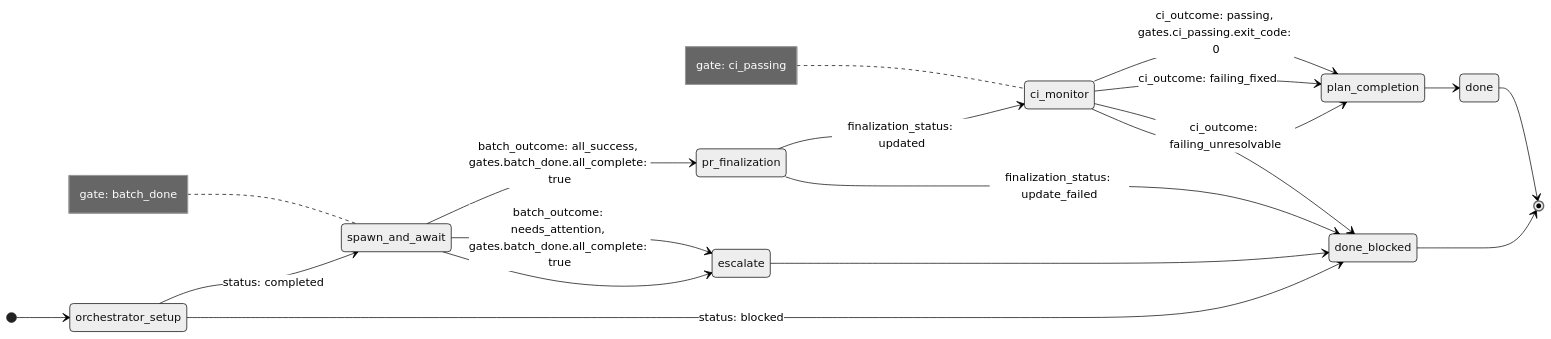
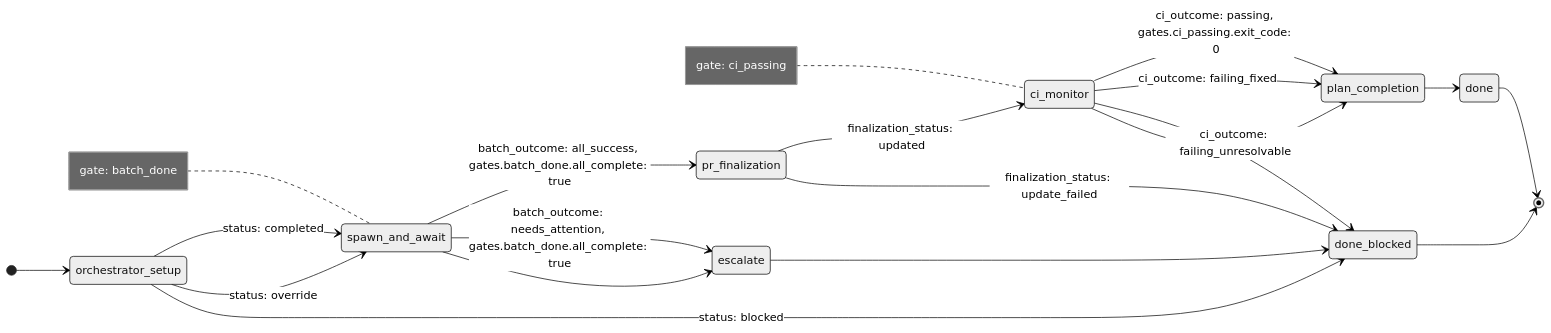
The diagram in skills/work-on/koto-templates/work-on-plan.mermaid.md (tsukumogami/shirabe), drawn with Mermaid (neutral theme) before and after one commit. The commit also changed 2 other files, not shown here.

Commit message:
fix(work-on): add override path to orchestrator_setup for existing branches
When the agent is already on an appropriate shared branch (e.g. the
session branch that produced the PLAN doc), the orchestrator_setup
state had no way to opt out of creating a redundant impl/<slug>
branch and draft PR.

Add status: override to orchestrator_setup, routing directly to
spawn_and_await. Update the Mermaid diagram and document the override
path in SKILL.md.

````diff
--- a/skills/work-on/koto-templates/work-on-plan.mermaid.md
+++ b/skills/work-on/koto-templates/work-on-plan.mermaid.md
@@ -1,26 +1,27 @@
 ```mermaid
 stateDiagram-v2
     direction LR
     [*] --> orchestrator_setup
     ci_monitor --> plan_completion : ci_outcome: passing, gates.ci_passing.exit_code: 0
     ci_monitor --> plan_completion : ci_outcome: failing_fixed
     ci_monitor --> done_blocked : ci_outcome: failing_unresolvable
     ci_monitor --> plan_completion
     escalate --> done_blocked
     orchestrator_setup --> spawn_and_await : status: completed
+    orchestrator_setup --> spawn_and_await : status: override
     orchestrator_setup --> done_blocked : status: blocked
     plan_completion --> done
     pr_finalization --> ci_monitor : finalization_status: updated
     pr_finalization --> done_blocked : finalization_status: update_failed
     spawn_and_await --> pr_finalization : batch_outcome: all_success, gates.batch_done.all_complete: true
     spawn_and_await --> escalate : batch_outcome: needs_attention, gates.batch_done.all_complete: true
     spawn_and_await --> escalate
     done --> [*]
     done_blocked --> [*]
     note left of ci_monitor
         gate: ci_passing
     end note
     note left of spawn_and_await
         gate: batch_done
     end note
 ```
````
